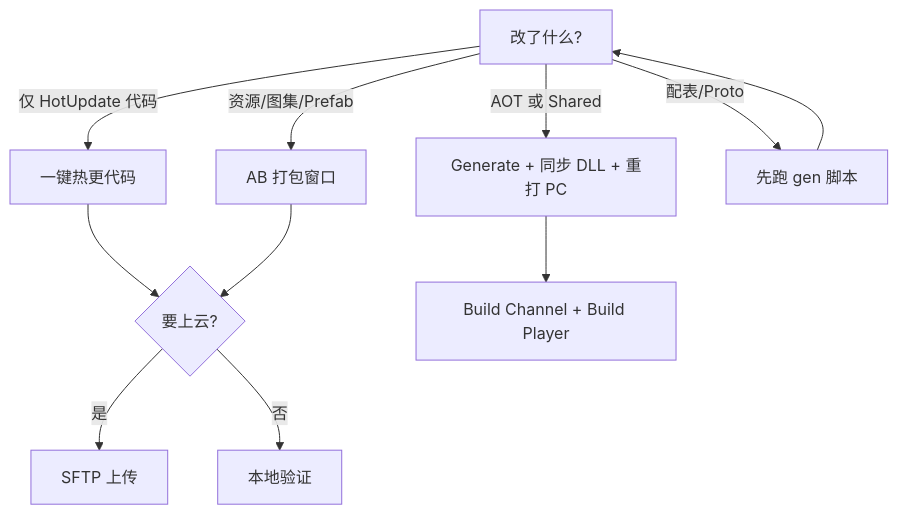
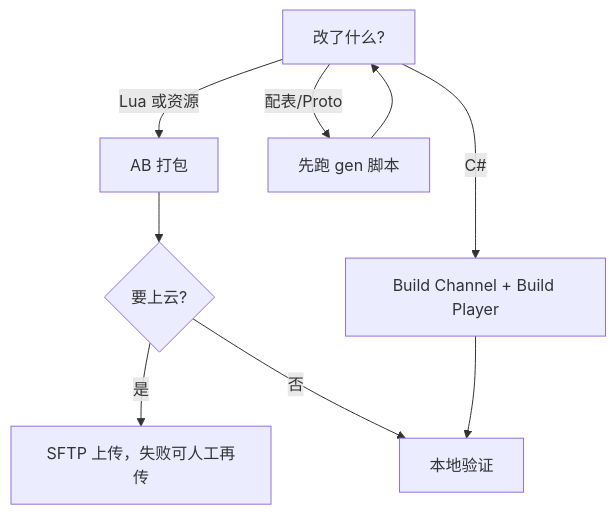
One commit to MISSord/CarrotFanstasyWX changed the diagram in Docs/构建与热更-操作手册.md. Above: the diagram before and after it, drawn with Mermaid. The commit also changed other lines of this file and 10 other files, not shown here.

````diff
--- a/Docs/构建与热更-操作手册.md
+++ b/Docs/构建与热更-操作手册.md
@@ -144,14 +139,12 @@
 ```mermaid
 flowchart TD
   change[改了什么?]
-  change -->|仅 HotUpdate 代码| codeHU[一键热更代码]
-  change -->|资源/图集/Prefab| abFull[AB 打包窗口]
-  change -->|AOT 或 Shared| aotPath[Generate + 同步 DLL + 重打 PC]
+  change -->|Lua 或资源| abFull[AB 打包]
+  change -->|C#| pcBuild[Build Channel + Build Player]
   change -->|配表/Proto| gen[先跑 gen 脚本]
   gen --> change
-  codeHU --> upload{要上云?}
-  abFull --> upload
-  upload -->|是| sftp[SFTP 上传]
+  abFull --> upload{要上云?}
+  upload -->|是| sftp[SFTP 上传，失败可人工再传]
   upload -->|否| done[本地验证]
-  aotPath --> pcBuild[Build Channel + Build Player]
+  pcBuild --> done
 ```
````
